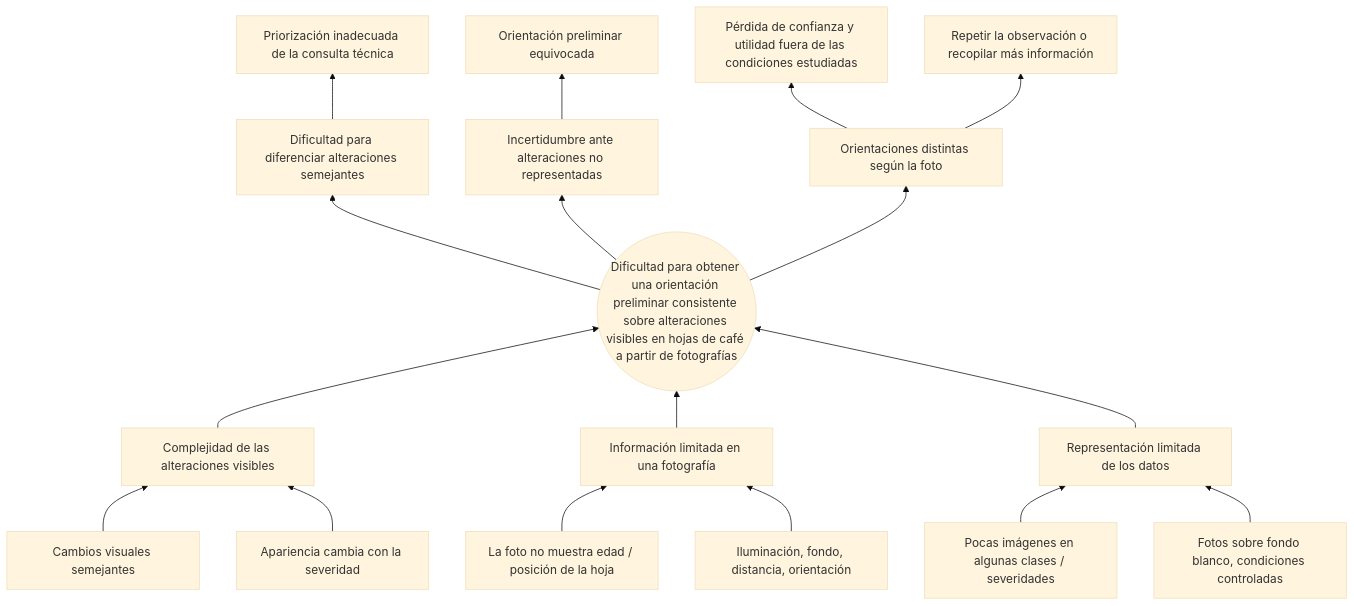
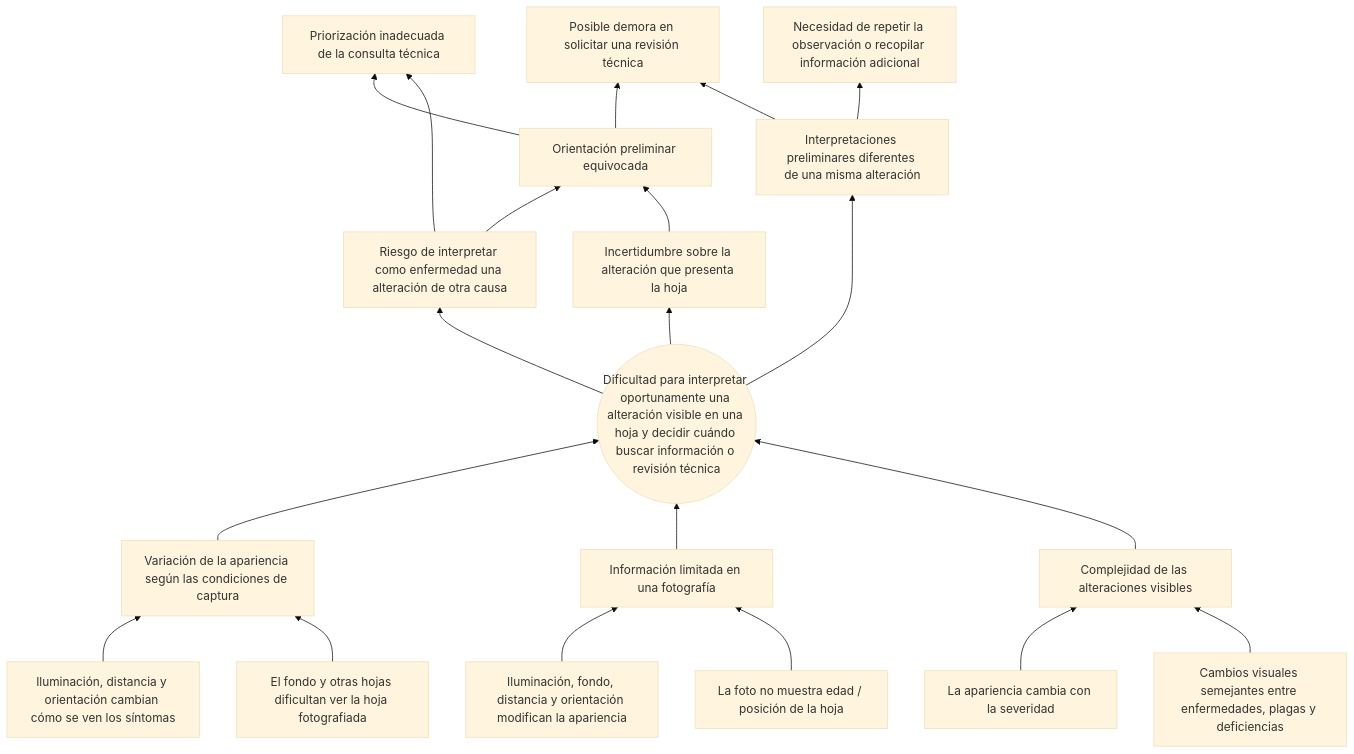
Before and after one commit to giovannyjb/diagnostico-hojas-cafe: the first of 2 diagrams in docs/01-arbol-de-problemas.md, drawn with Mermaid (base theme). The commit also changed other lines of this file and 4 other files, not shown here.

````diff
--- a/docs/01-arbol-de-problemas.md
+++ b/docs/01-arbol-de-problemas.md
@@ -36,19 +38,22 @@
 ```mermaid
 flowchart BT
-    SC1a[Cambios visuales semejantes] --> C1[Complejidad de las alteraciones visibles]
-    SC1b[Apariencia cambia con la severidad] --> C1
+    SC1a[Cambios visuales semejantes entre enfermedades, plagas y deficiencias] --> C1[Complejidad de las alteraciones visibles]
+    SC1b[La apariencia cambia con la severidad] --> C1
     SC2a[La foto no muestra edad / posición de la hoja] --> C2[Información limitada en una fotografía]
-    SC2b[Iluminación, fondo, distancia, orientación] --> C2
-    SC3a[Pocas imágenes en algunas clases / severidades] --> C3[Representación limitada de los datos]
-    SC3b[Fotos sobre fondo blanco, condiciones controladas] --> C3
-    C1 --> P((Dificultad para obtener una orientación preliminar consistente sobre alteraciones visibles en hojas de café a partir de fotografías))
+    SC2b[Iluminación, fondo, distancia y orientación modifican la apariencia] --> C2
+    SC3a[El fondo y otras hojas dificultan ver la hoja fotografiada] --> C3[Variación de la apariencia según las condiciones de captura]
+    SC3b[Iluminación, distancia y orientación cambian cómo se ven los síntomas] --> C3
+    C1 --> P((Dificultad para interpretar oportunamente una alteración visible en una hoja y decidir cuándo buscar información o revisión técnica))
     C2 --> P
     C3 --> P
-    P --> E1[Dificultad para diferenciar alteraciones semejantes]
-    P --> E2[Incertidumbre ante alteraciones no representadas]
-    P --> E3[Orientaciones distintas según la foto]
-    E1 --> K1[Priorización inadecuada de la consulta técnica]
-    E2 --> K2[Orientación preliminar equivocada]
-    E3 --> K3[Pérdida de confianza y utilidad fuera de las condiciones estudiadas]
-    E3 --> K4[Repetir la observación o recopilar más información]
+    P --> E1[Incertidumbre sobre la alteración que presenta la hoja]
+    P --> E2[Riesgo de interpretar como enfermedad una alteración de otra causa]
+    P --> E3[Interpretaciones preliminares diferentes de una misma alteración]
+    E1 --> K1[Orientación preliminar equivocada]
+    E2 --> K1
+    E2 --> K3[Priorización inadecuada de la consulta técnica]
+    E3 --> K2[Necesidad de repetir la observación o recopilar información adicional]
+    E3 --> K4[Posible demora en solicitar una revisión técnica]
+    K1 --> K3
+    K1 --> K4
 ```
````
